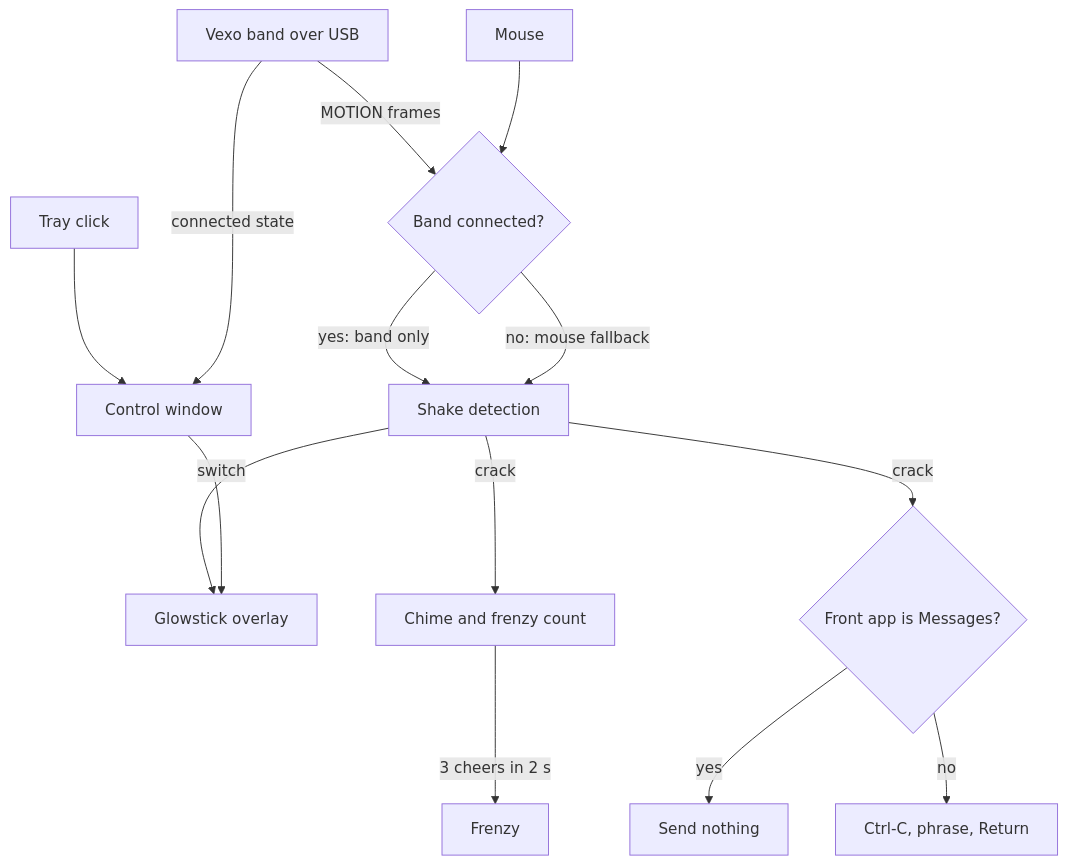
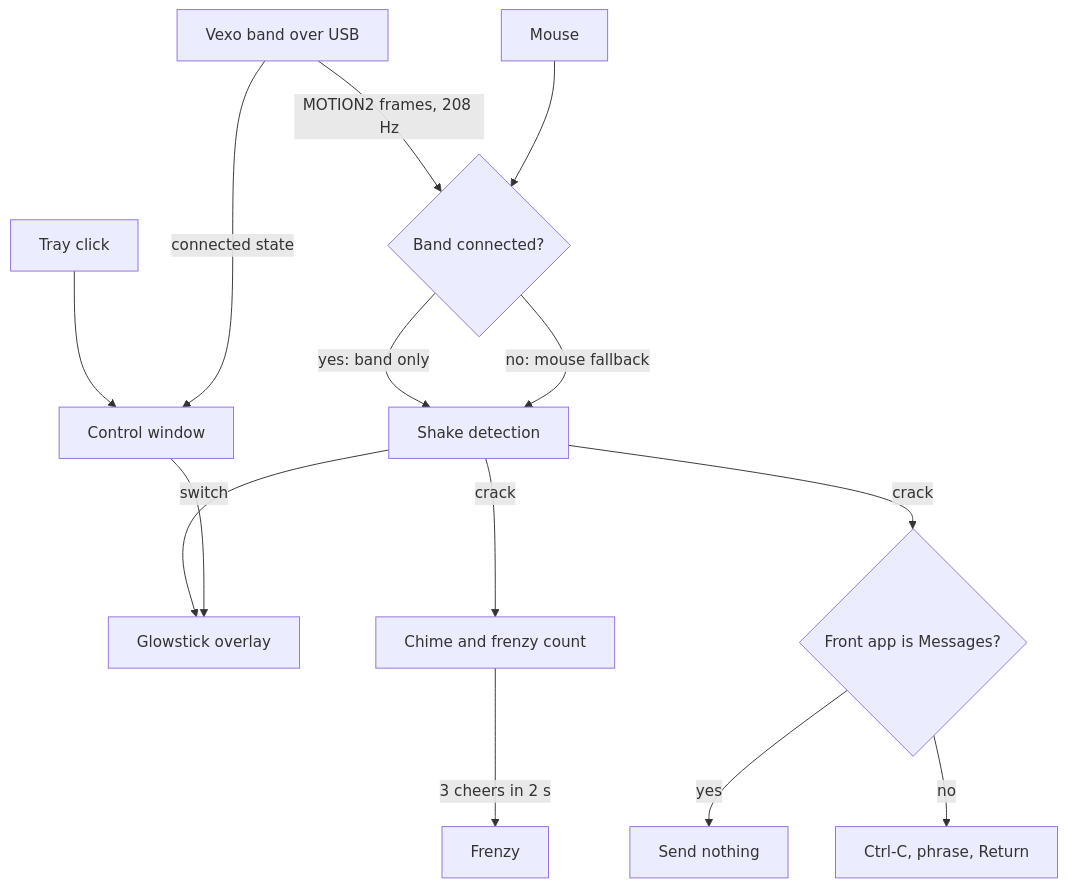
Before and after one commit to i098/openCheer: the diagram in README.md, drawn with Mermaid. The commit also changed other lines of this file and 2 other files, not shown here.

First line of the commit message:
Follow the band at 208 Hz, keep shakes out of the lean, remove the whip

````diff
--- a/README.md
+++ b/README.md
@@ -28,16 +28,16 @@
 ```mermaid
 flowchart TD
-  band[Vexo band over USB] -->|MOTION frames| shake{Band connected?}
+  band[Vexo band over USB] -->|MOTION2 frames, 208 Hz| shake{Band connected?}
   mouse[Mouse] --> shake
   shake -->|yes: band only| detect[Shake detection]
   shake -->|no: mouse fallback| detect
   detect --> sticks[Glowstick overlay]
   detect -->|crack| chime[Chime and frenzy count]
   chime -->|3 cheers in 2 s| frenzy[Frenzy]
   detect -->|crack| guard{Front app is Messages?}
   guard -->|yes| skip[Send nothing]
   guard -->|no| type[Ctrl-C, phrase, Return]
   tray[Tray click] --> win[Control window]
   win -->|switch| sticks
   band -->|connected state| win
 ```
````
